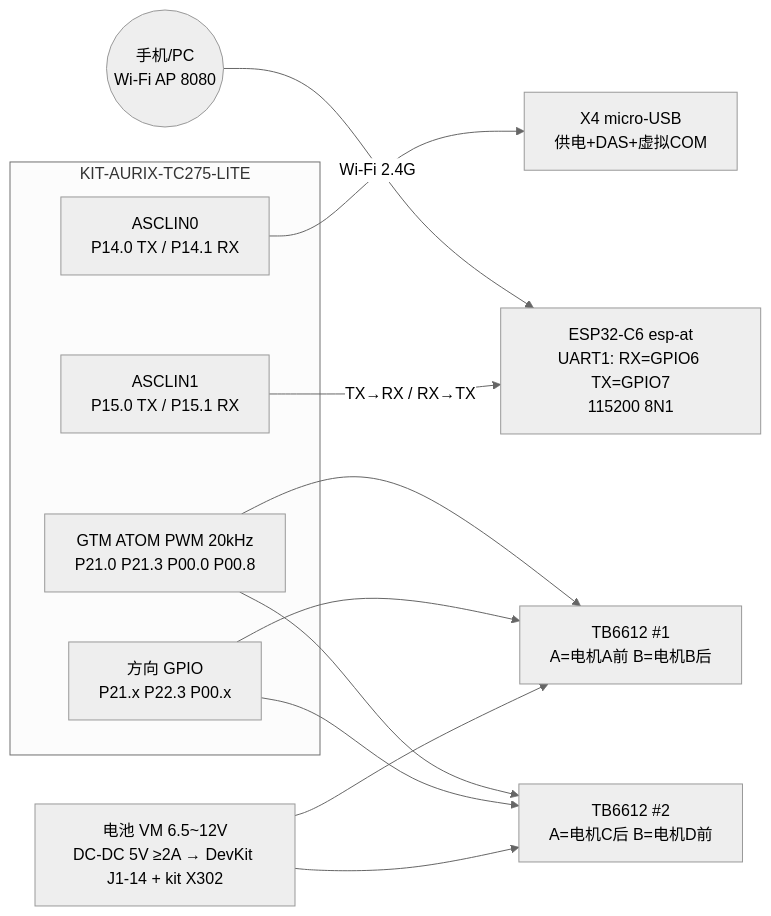
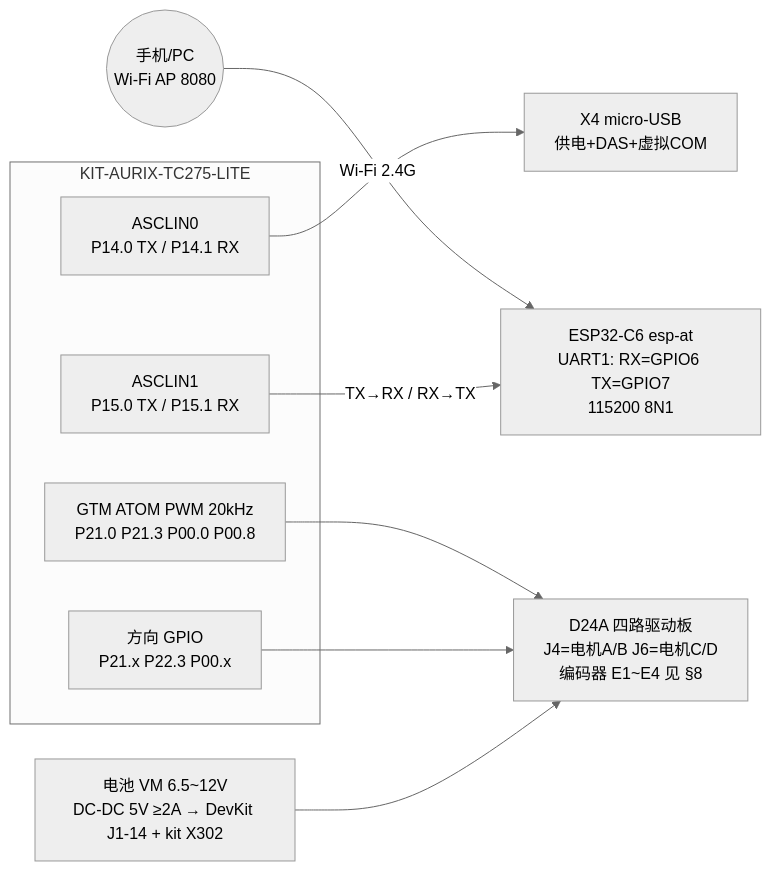
One commit to lilicqyu-ship-it/smartcar changed the diagram in doc/wiring.md. Above: the diagram before and after it, drawn with Mermaid (neutral theme). The commit also changed other lines of this file and 10 other files, not shown here.

````diff
--- a/doc/wiring.md
+++ b/doc/wiring.md
@@ -49,24 +45,20 @@
 ```mermaid
 flowchart LR
     subgraph TC275 [KIT-AURIX-TC275-LITE]
         ASC0[ASCLIN0<br/>P14.0 TX / P14.1 RX]
         ASC1[ASCLIN1<br/>P15.0 TX / P15.1 RX]
         PWM[GTM ATOM PWM 20kHz<br/>P21.0 P21.3 P00.0 P00.8]
         DIR[方向 GPIO<br/>P21.x P22.3 P00.x]
     end
     ESP[ESP32-C6 esp-at<br/>UART1: RX=GPIO6 TX=GPIO7<br/>115200 8N1]
     PHONE((手机/PC<br/>Wi-Fi AP 8080))
-    DRV1[TB6612 #1<br/>A=电机A前 B=电机B后]
-    DRV2[TB6612 #2<br/>A=电机C后 B=电机D前]
+    DRV[D24A 四路驱动板<br/>J4=电机A/B J6=电机C/D<br/>编码器 E1~E4 见 §8]
     BAT[电池 VM 6.5~12V<br/>DC-DC 5V ≥2A → DevKit J1-14 + kit X302]
 
     PHONE -- Wi-Fi 2.4G --> ESP
     ASC1 -- TX→RX / RX→TX --> ESP
     ASC0 --> DBG[X4 micro-USB<br/>供电+DAS+虚拟COM]
-    PWM --> DRV1
-    PWM --> DRV2
-    DIR --> DRV1
-    DIR --> DRV2
-    BAT --> DRV1
-    BAT --> DRV2
+    PWM --> DRV
+    DIR --> DRV
+    BAT --> DRV
 ```
````
